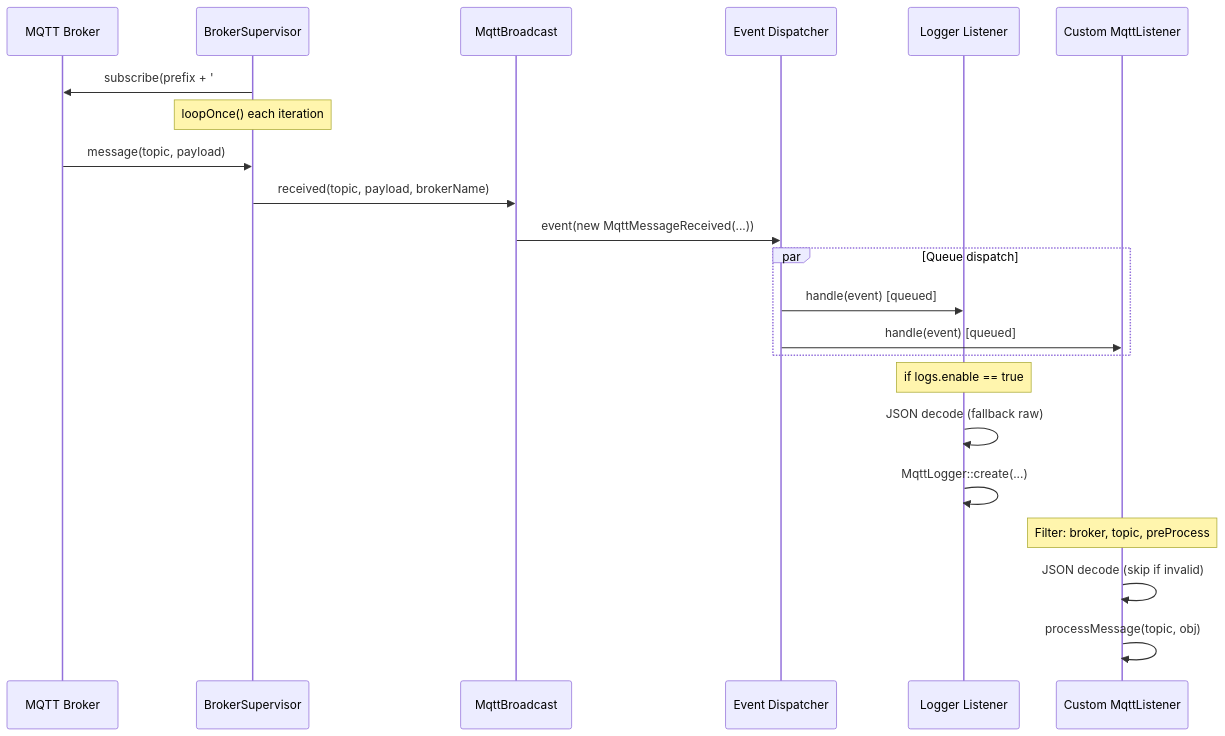
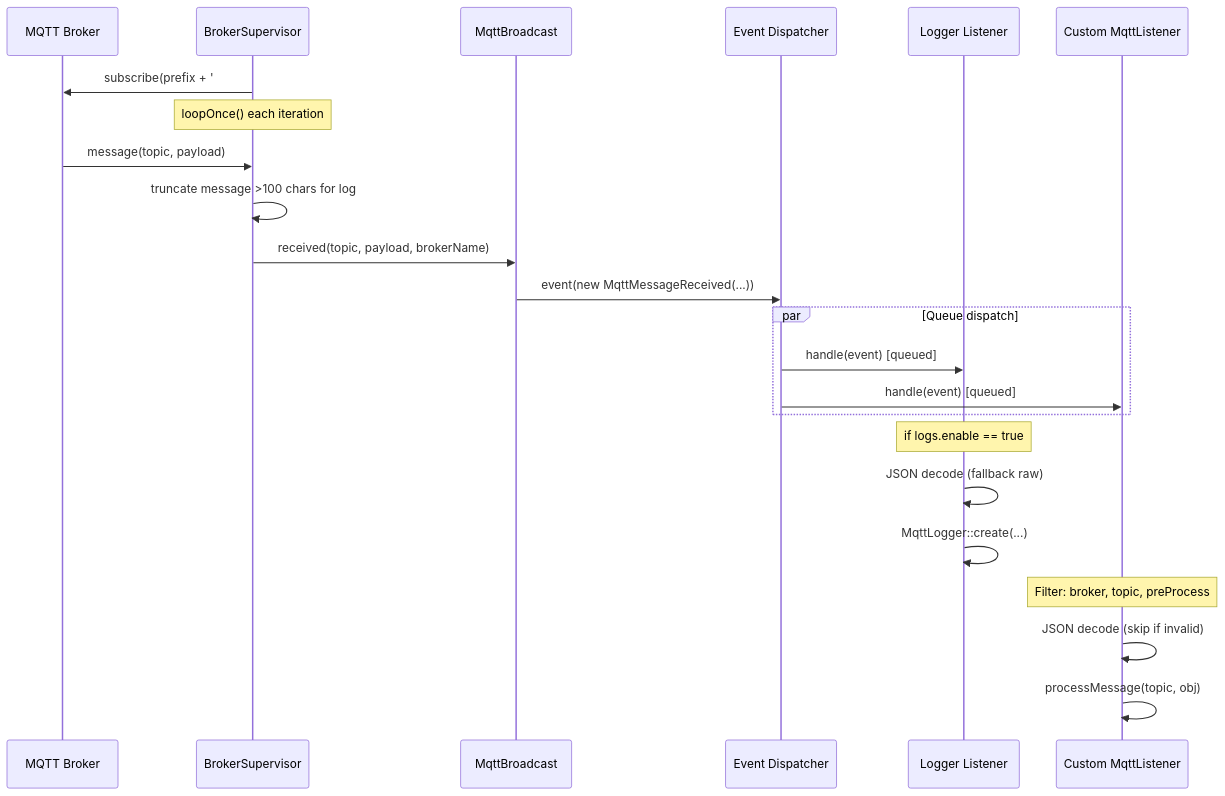
The first of 4 diagrams in docs/en/dev/subscription/message-subscription.md (enzolarosa/mqtt-broadcast), drawn with Mermaid before and after one commit. The commit also changed other lines of this file and 4 other files, not shown here.

````diff
--- a/docs/en/dev/subscription/message-subscription.md
+++ b/docs/en/dev/subscription/message-subscription.md
@@ -222,29 +313,30 @@
 ```mermaid
 sequenceDiagram
     participant Broker as MQTT Broker
     participant BS as BrokerSupervisor
     participant Facade as MqttBroadcast
     participant Dispatcher as Event Dispatcher
     participant Logger as Logger Listener
     participant Custom as Custom MqttListener
 
     BS->>Broker: subscribe(prefix + '#', callback, qos)
     Note over BS: loopOnce() each iteration
 
     Broker->>BS: message(topic, payload)
+    BS->>BS: truncate message >100 chars for log
     BS->>Facade: received(topic, payload, brokerName)
     Facade->>Dispatcher: event(new MqttMessageReceived(...))
 
     par Queue dispatch
         Dispatcher->>Logger: handle(event) [queued]
         Dispatcher->>Custom: handle(event) [queued]
     end
 
     Note over Logger: if logs.enable == true
     Logger->>Logger: JSON decode (fallback raw)
     Logger->>Logger: MqttLogger::create(...)
 
     Note over Custom: Filter: broker, topic, preProcess
     Custom->>Custom: JSON decode (skip if invalid)
     Custom->>Custom: processMessage(topic, obj)
 ```
````
